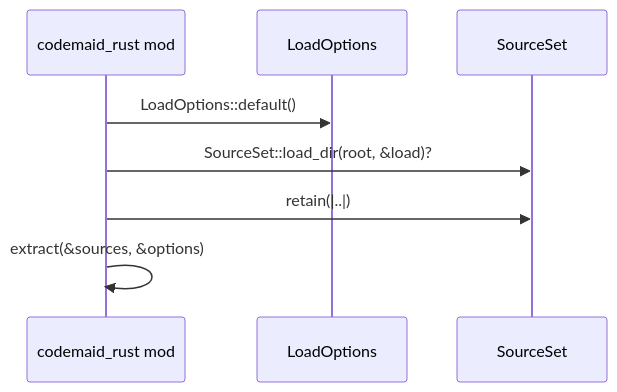
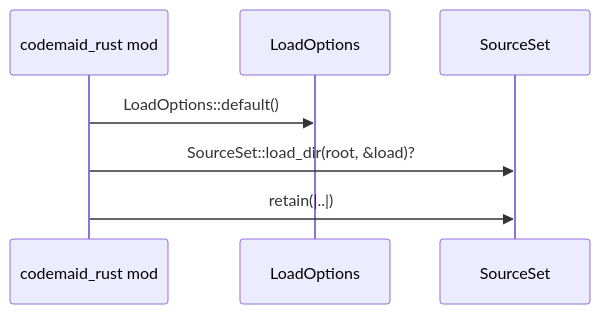
Before and after one commit to DreamLab-AI/codemaid: the fourth of 5 diagrams in docs/codemaid/crates/codemaid-rust/src/lib.rs.md, drawn with Mermaid. The commit also changed other lines of this file and 29 other files, not shown here.

````diff
--- a/docs/codemaid/crates/codemaid-rust/src/lib.rs.md
+++ b/docs/codemaid/crates/codemaid-rust/src/lib.rs.md
@@ -94,10 +126,9 @@
 ```mermaid
 sequenceDiagram
   participant codemaid_rust as codemaid_rust mod
   participant codemaid_model__source__LoadOptions as LoadOptions
   participant codemaid_model__source__SourceSet as SourceSet
   codemaid_rust->>codemaid_model__source__LoadOptions: LoadOptions::default()
   codemaid_rust->>codemaid_model__source__SourceSet: SourceSet::load_dir(root, &load)?
   codemaid_rust->>codemaid_model__source__SourceSet: retain(|..|)
-  codemaid_rust->>codemaid_rust: extract(&sources, &options)
 ```
````
